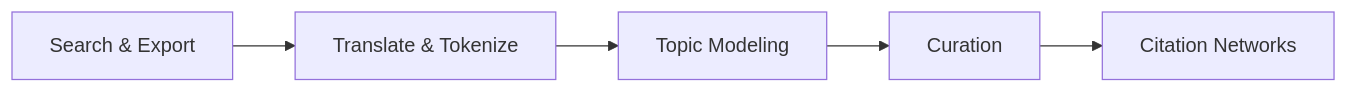
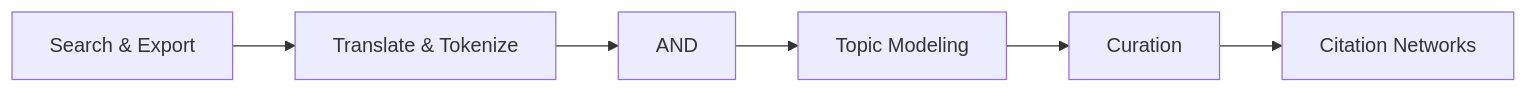
One commit to raphschlatt/ads-bib changed the diagram in docs/index.md. Above: the diagram before and after it, drawn with Mermaid. The commit also changed other lines of this file and 1 other file, not shown here.

Commit message:
Update documentation to include Modal in API key settings and clarify citation network export process

````diff
--- a/docs/index.md
+++ b/docs/index.md
@@ -54,7 +52,8 @@
 ``` mermaid
 graph LR
     A[Search & Export] --> B[Translate & Tokenize]
-    B --> C[Topic Modeling]
-    C --> D[Curation]
-    D --> E[Citation Networks]
+    B --> C[AND]
+    C --> D[Topic Modeling]
+    D --> E[Curation]
+    E --> F[Citation Networks]
 ```
````
